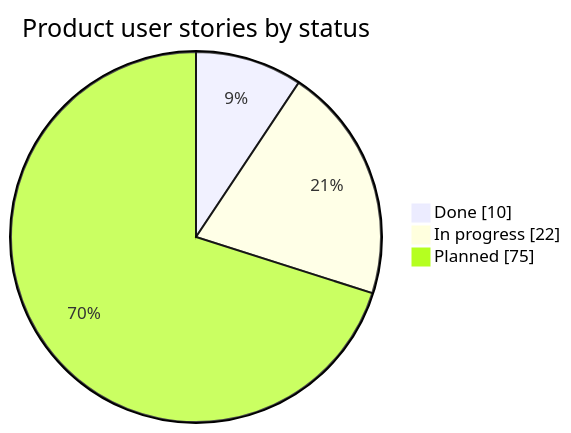
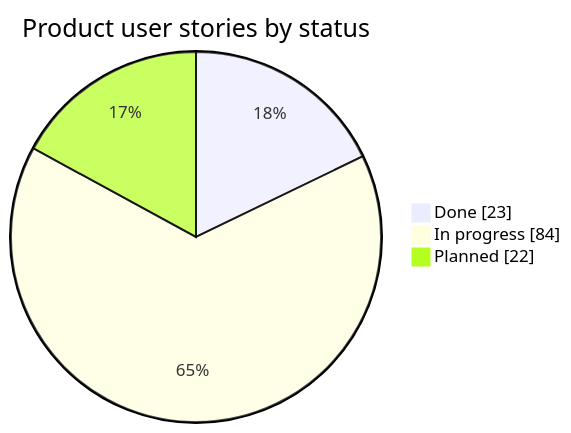
The first of 3 diagrams in README.md (PflanzenDex/PflanzenDex), drawn with Mermaid before and after one commit. The commit also changed other lines of this file, not shown here.

````diff
--- a/README.md
+++ b/README.md
@@ -30,6 +31,6 @@
 ```mermaid
 pie showData title Product user stories by status
-  "Done" : 10
-  "In progress" : 22
-  "Planned" : 75
+  "Done" : 23
+  "In progress" : 84
+  "Planned" : 22
 ```
````
